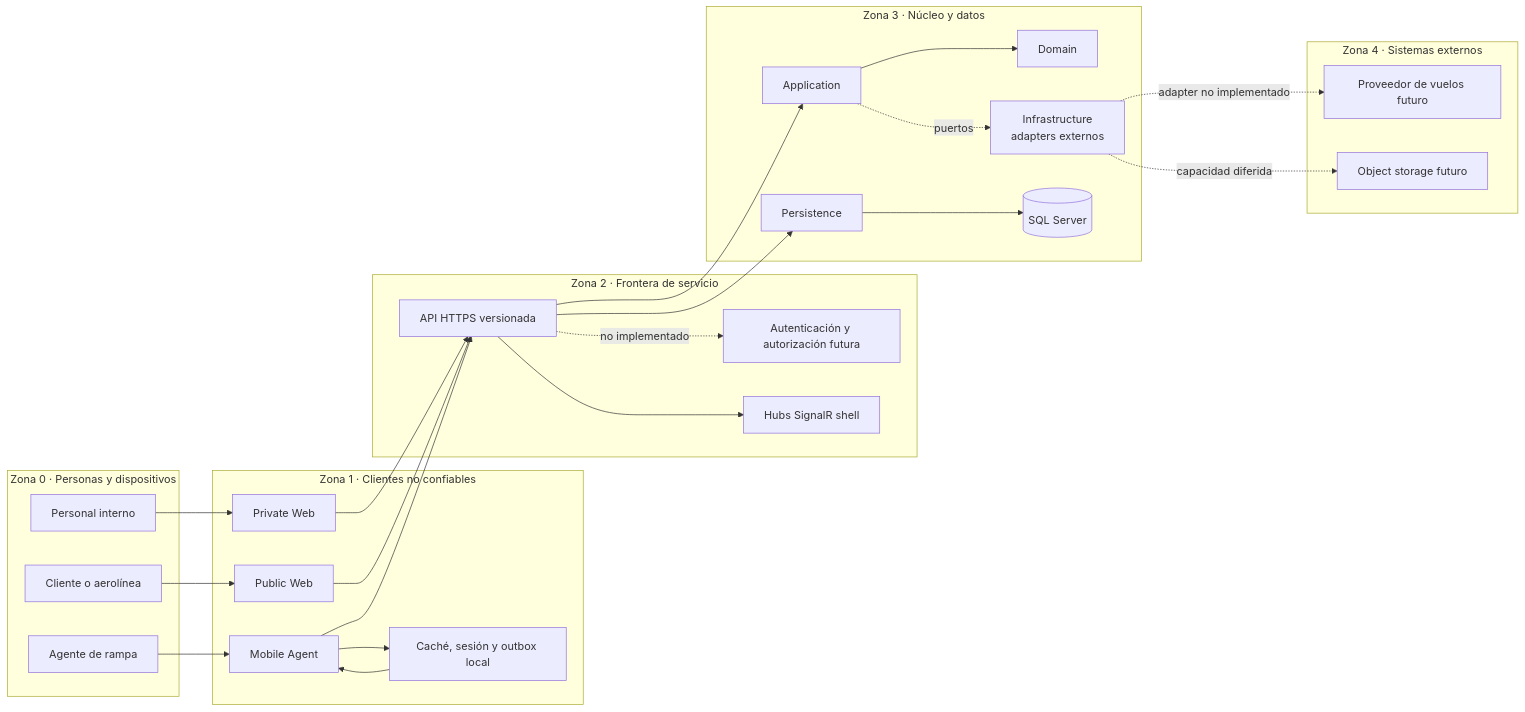
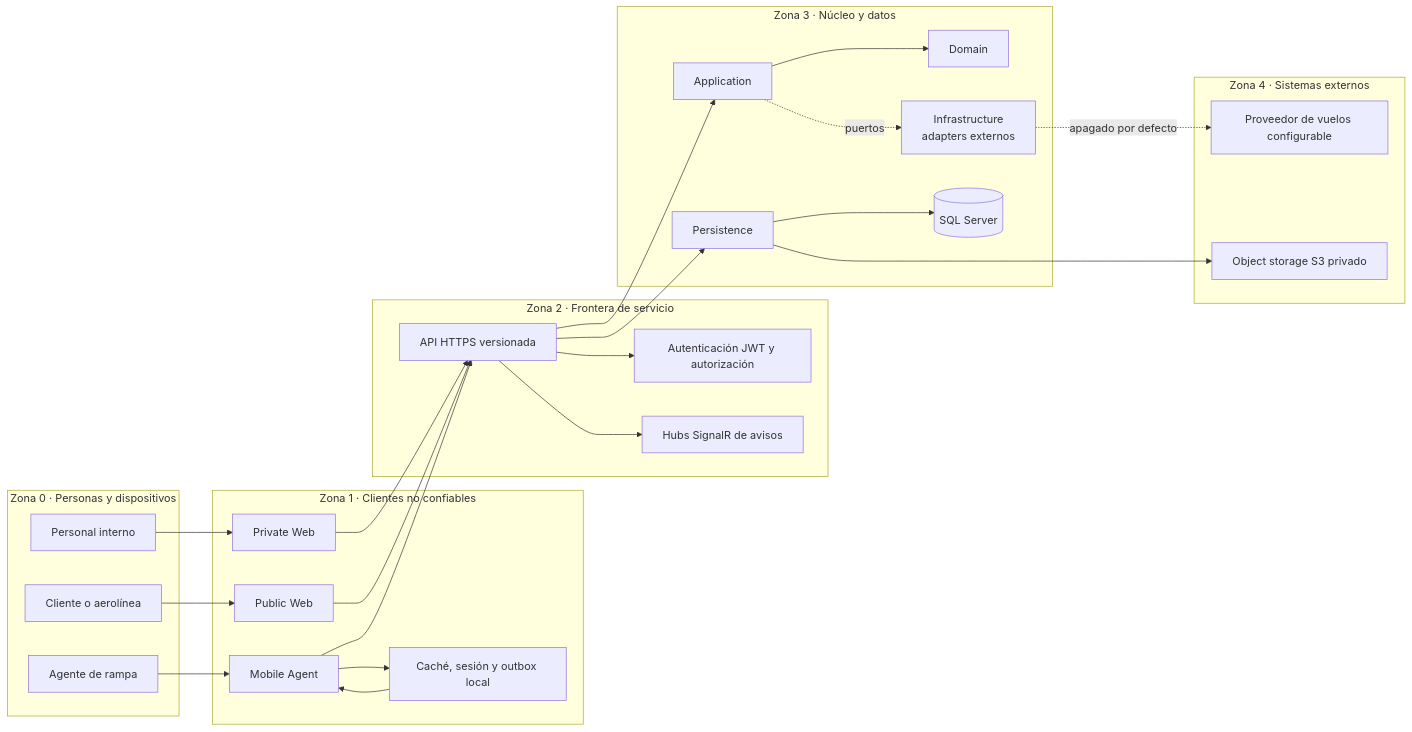
Before and after one commit to ErickEduardo027/ELEVANT: the diagram in Vault/04-arquitectura/sistema-y-fronteras-de-confianza.md, drawn with Mermaid. The commit also changed other lines of this file and 51 other files, not shown here.

````diff
--- a/Vault/04-arquitectura/sistema-y-fronteras-de-confianza.md
+++ b/Vault/04-arquitectura/sistema-y-fronteras-de-confianza.md
@@ -40,52 +40,52 @@
 ```mermaid
 flowchart LR
     subgraph Z0[Zona 0 · Personas y dispositivos]
         INTERNAL[Personal interno]
         CUSTOMER[Cliente o aerolínea]
         AGENT[Agente de rampa]
     end
 
     subgraph Z1[Zona 1 · Clientes no confiables]
         PRIVATE[Private Web]
         PUBLIC[Public Web]
         MOBILE[Mobile Agent]
         CACHE[Caché, sesión y outbox local]
     end
 
     subgraph Z2[Zona 2 · Frontera de servicio]
         API[API HTTPS versionada]
-        AUTH[Autenticación y autorización futura]
-        HUBS[Hubs SignalR shell]
+        AUTH[Autenticación JWT y autorización]
+        HUBS[Hubs SignalR de avisos]
     end
 
     subgraph Z3[Zona 3 · Núcleo y datos]
         APP[Application]
         DOMAIN[Domain]
         PERSIST[Persistence]
         INTEGRATION[Infrastructure\nadapters externos]
         SQL[(SQL Server)]
     end
 
     subgraph Z4[Zona 4 · Sistemas externos]
-        PROVIDER[Proveedor de vuelos futuro]
-        OBJECTS[Object storage futuro]
+        PROVIDER[Proveedor de vuelos configurable]
+        OBJECTS[Object storage S3 privado]
     end
 
     INTERNAL --> PRIVATE
     CUSTOMER --> PUBLIC
     AGENT --> MOBILE
     PRIVATE --> API
     PUBLIC --> API
     MOBILE --> API
     MOBILE --> CACHE
     CACHE --> MOBILE
-    API -. no implementado .-> AUTH
+    API --> AUTH
     API --> HUBS
     API --> APP
     APP --> DOMAIN
     API --> PERSIST
     APP -. puertos .-> INTEGRATION
     PERSIST --> SQL
-    INTEGRATION -. adapter no implementado .-> PROVIDER
-    INTEGRATION -. capacidad diferida .-> OBJECTS
+    INTEGRATION -. apagado por defecto .-> PROVIDER
+    PERSIST --> OBJECTS
 ```
````
